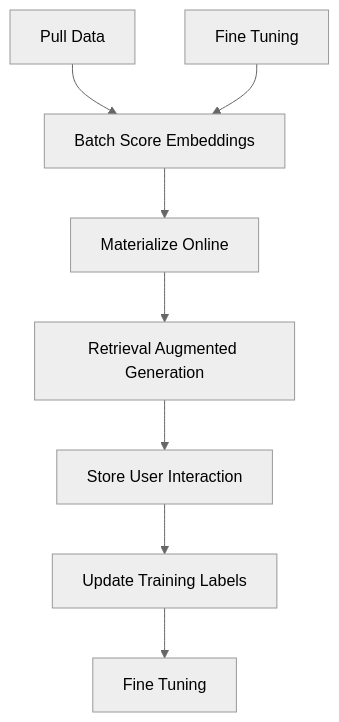
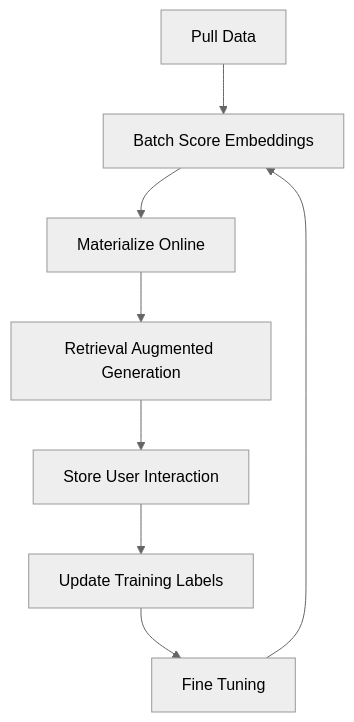
One commit to franciscojavierarceo/Python changed the diagram in demos/feast-rag/README.md. Above: the diagram before and after it, drawn with Mermaid (neutral theme).

````diff
--- a/demos/feast-rag/README.md
+++ b/demos/feast-rag/README.md
@@ -25,10 +25,10 @@
 ```mermaid
 flowchart TD;
     A[Pull Data] --> B[Batch Score Embeddings];
     B[Batch Score] --> C[Materialize Online];
     C[Materialize Online] --> D[Retrieval Augmented Generation];
     D[Retrieval Augmented Generation] --> E[Store User Interaction];
     E[Store User Interaction] --> F[Update Training Labels];
-    F[Update Training Labels] --> G[Fine Tuning];
+    F[Update Training Labels] --> H[Fine Tuning];
     H[Fine Tuning] --> B[Batch Score Embeddings];
 ```
````
